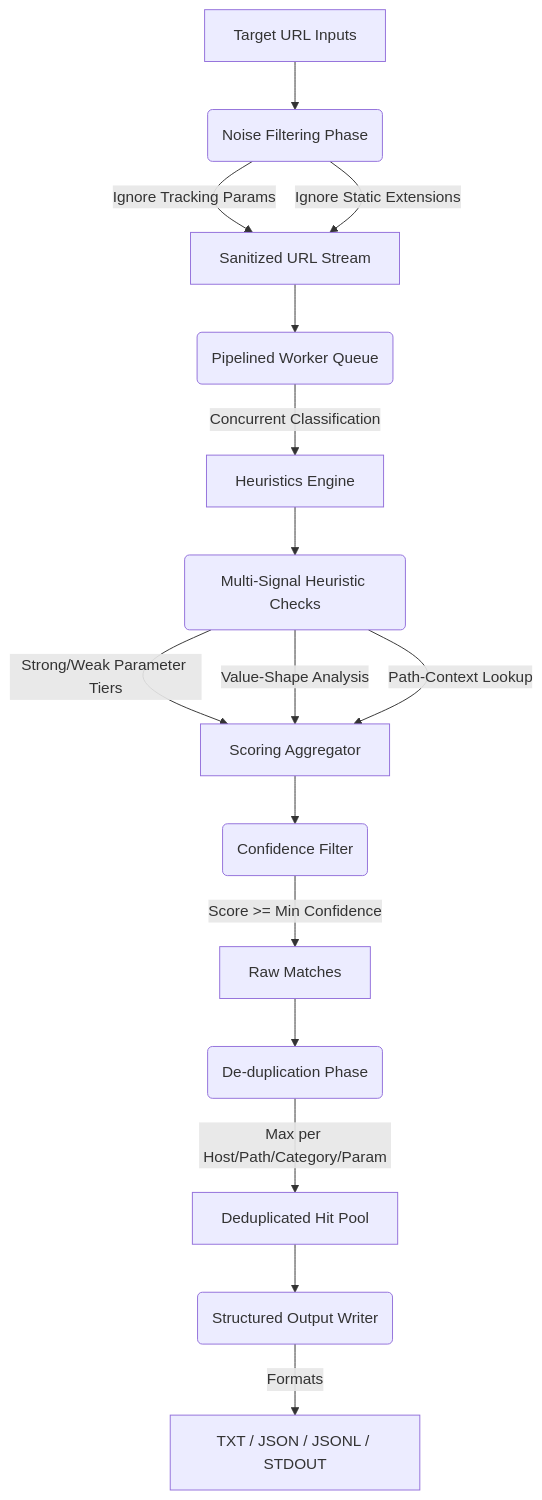
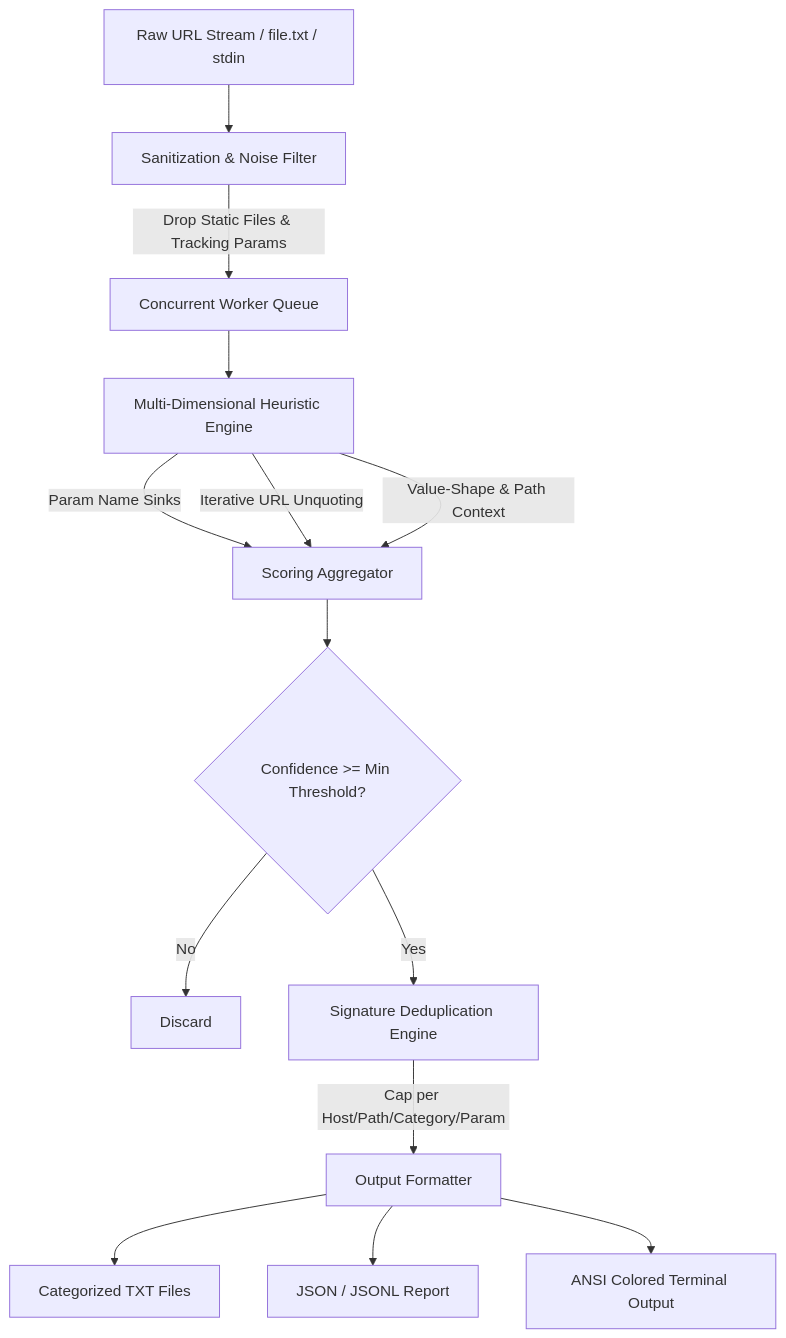
The diagram in README.md (youwannahackme/vulncat), drawn with Mermaid before and after one commit. The commit also changed other lines of this file and 4 other files, not shown here.

````diff
--- a/README.md
+++ b/README.md
@@ -13,18 +55,16 @@
 ```mermaid
 graph TD
-    A[Target URL Inputs] --> B(Noise Filtering Phase)
-    B -->|Ignore Tracking Params| C[Sanitized URL Stream]
-    B -->|Ignore Static Extensions| C
-    C --> D(Pipelined Worker Queue)
-    D -->|Concurrent Classification| E[Heuristics Engine]
-    E --> F(Multi-Signal Heuristic Checks)
-    F -->|Strong/Weak Parameter Tiers| G[Scoring Aggregator]
-    F -->|Value-Shape Analysis| G
-    F -->|Path-Context Lookup| G
-    G --> H(Confidence Filter)
-    H -->|Score >= Min Confidence| I[Raw Matches]
-    I --> J(De-duplication Phase)
-    J -->|Max per Host/Path/Category/Param| K[Deduplicated Hit Pool]
-    K --> L(Structured Output Writer)
-    L -->|Formats| M[TXT / JSON / JSONL / STDOUT]
+    A[Raw URL Stream / file.txt / stdin] --> B[Sanitization & Noise Filter]
+    B -->|Drop Static Files & Tracking Params| C[Concurrent Worker Queue]
+    C --> D[Multi-Dimensional Heuristic Engine]
+    D -->|Param Name Sinks| E[Scoring Aggregator]
+    D -->|Iterative URL Unquoting| E
+    D -->|Value-Shape & Path Context| E
+    E --> F{Confidence >= Min Threshold?}
+    F -->|No| G[Discard]
+    F -->|Yes| H[Signature Deduplication Engine]
+    H -->|Cap per Host/Path/Category/Param| I[Output Formatter]
+    I --> J[Categorized TXT Files]
+    I --> K[JSON / JSONL Report]
+    I --> L[ANSI Colored Terminal Output]
 ```
````
